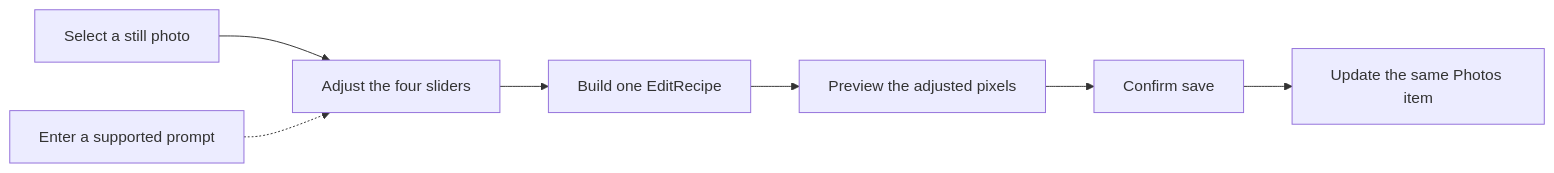
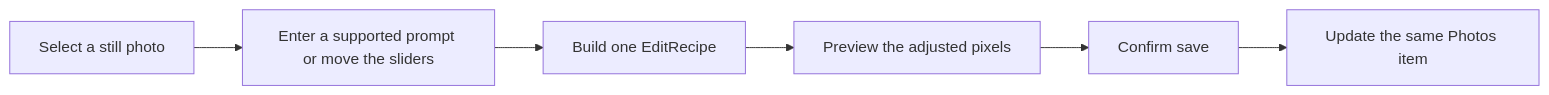
The second of 2 diagrams in README.md (Yug-More/PixelSense), drawn with Mermaid before and after one commit. The commit also changed other lines of this file and 4 other files, not shown here.

````diff
--- a/README.md
+++ b/README.md
@@ -107,9 +105,8 @@
 ```mermaid
 flowchart LR
-    select[Select a still photo] --> adjust[Adjust the four sliders]
-    prompt[Enter a supported prompt] -.-> adjust
-    adjust --> recipe[Build one EditRecipe]
+    select[Select a still photo] --> choose[Enter a supported prompt or move the sliders]
+    choose --> recipe[Build one EditRecipe]
     recipe --> preview[Preview the adjusted pixels]
     preview --> confirm[Confirm save]
     confirm --> update[Update the same Photos item]
 ```
````
